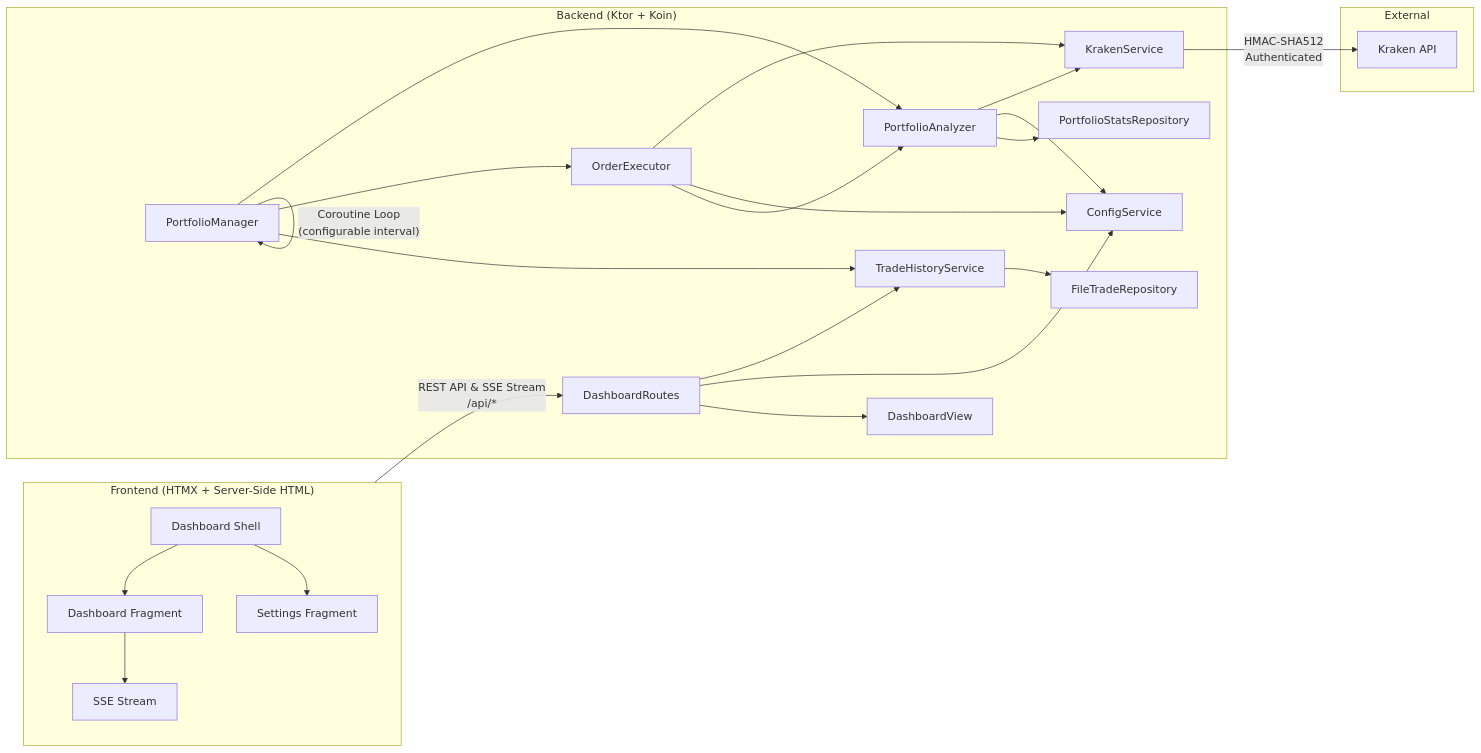
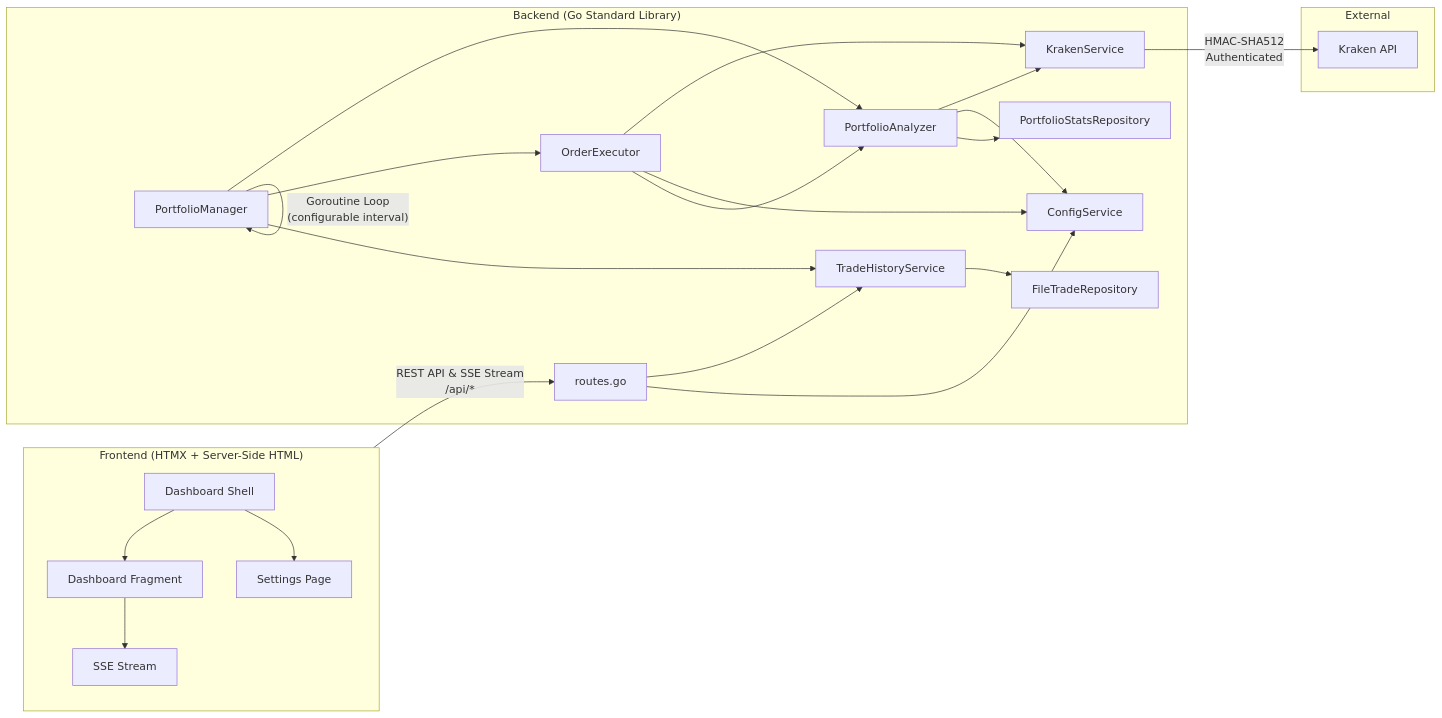
Before and after one commit to HyperVon/new-kraken-rebalancer: the first of 2 diagrams in README.md, drawn with Mermaid. The commit also changed other lines of this file and 110 other files, not shown here.

````diff
--- a/README.md
+++ b/README.md
@@ -117,32 +76,31 @@
 ```mermaid
 graph LR
     subgraph Frontend["Frontend (HTMX + Server-Side HTML)"]
         D[Dashboard Shell] --> DF[Dashboard Fragment]
-        D --> SF[Settings Fragment]
+        D --> SF[Settings Page]
         DF --> SS[SSE Stream]
     end
 
-    subgraph Backend["Backend (Ktor + Koin)"]
-        DC[DashboardRoutes] --> THS[TradeHistoryService]
+    subgraph Backend["Backend (Go Standard Library)"]
+        DC[routes.go] --> THS[TradeHistoryService]
         DC --> CS[ConfigService]
-        DC --> DV[DashboardView]
         PM[PortfolioManager] --> PA[PortfolioAnalyzer]
         PM --> OE[OrderExecutor]
         PM --> THS
         PA --> KS[KrakenService]
         PA --> CS
         PA --> PSR[PortfolioStatsRepository]
         OE --> KS
         OE --> CS
         OE --> PA
         THS --> FTR[FileTradeRepository]
     end
 
     subgraph External
         KA[Kraken API]
     end
 
     Frontend -- "REST API & SSE Stream\n/api/*" --> DC
-    PM -- "Coroutine Loop\n(configurable interval)" --> PM
+    PM -- "Goroutine Loop\n(configurable interval)" --> PM
     KS -- "HMAC-SHA512\nAuthenticated" --> KA
 ```
````
